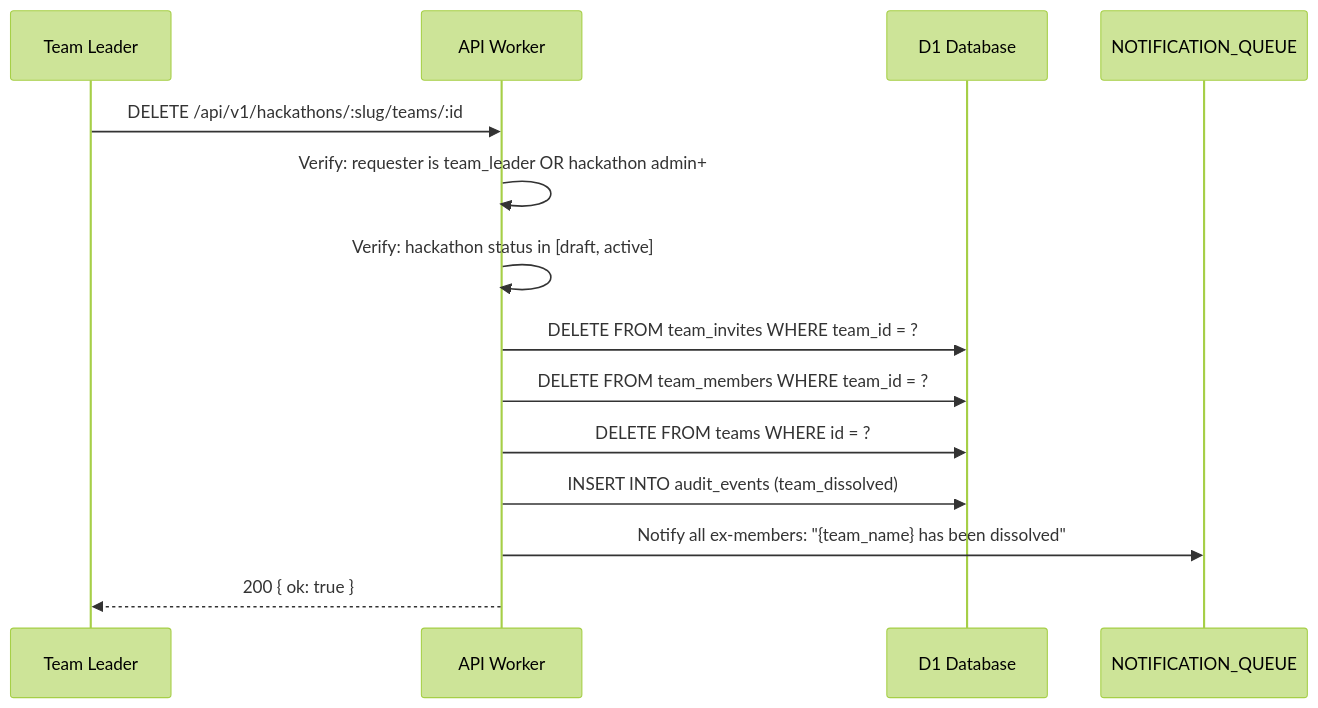
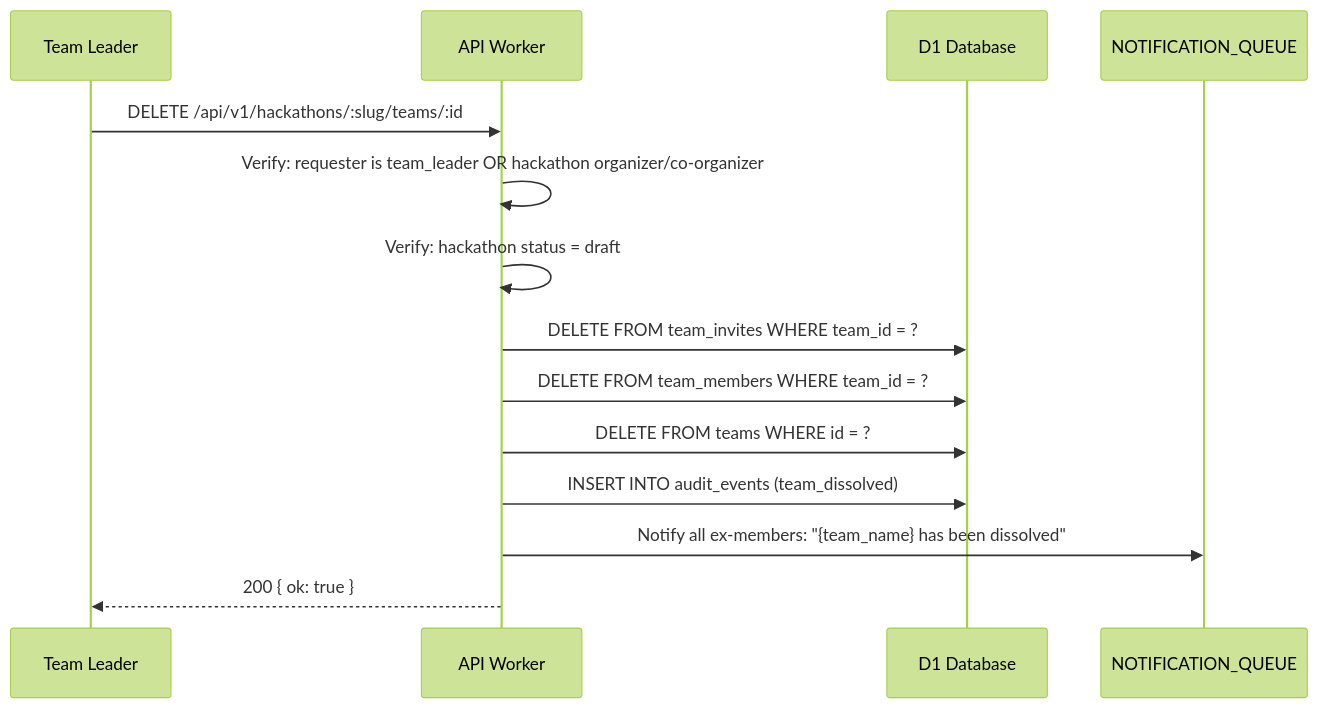
One commit to devangshupandey2025-stack/DevSage changed diagram 11 of 11 in docs/v3/planned/team-management.md. Above: the diagram before and after it, drawn with Mermaid (forest theme). The commit also changed other lines of this file and 3 other files, not shown here.

First line of the commit message:
docs(core): verify and fix architecture, auth, lifecycle, and team docs

````diff
--- a/docs/v3/planned/team-management.md
+++ b/docs/v3/planned/team-management.md
@@ -407,18 +407,18 @@
 ```mermaid
 sequenceDiagram
     participant L as Team Leader
     participant W as API Worker
     participant D1 as D1 Database
     participant Q as NOTIFICATION_QUEUE
 
     L->>W: DELETE /api/v1/hackathons/:slug/teams/:id
-    W->>W: Verify: requester is team_leader OR hackathon admin+
-    W->>W: Verify: hackathon status in [draft, active]
+    W->>W: Verify: requester is team_leader OR hackathon organizer/co-organizer
+    W->>W: Verify: hackathon status = draft
 
     W->>D1: DELETE FROM team_invites WHERE team_id = ?
     W->>D1: DELETE FROM team_members WHERE team_id = ?
     W->>D1: DELETE FROM teams WHERE id = ?
     W->>D1: INSERT INTO audit_events (team_dissolved)
     W->>Q: Notify all ex-members: "{team_name} has been dissolved"
     W-->>L: 200 { ok: true }
 ```
````
